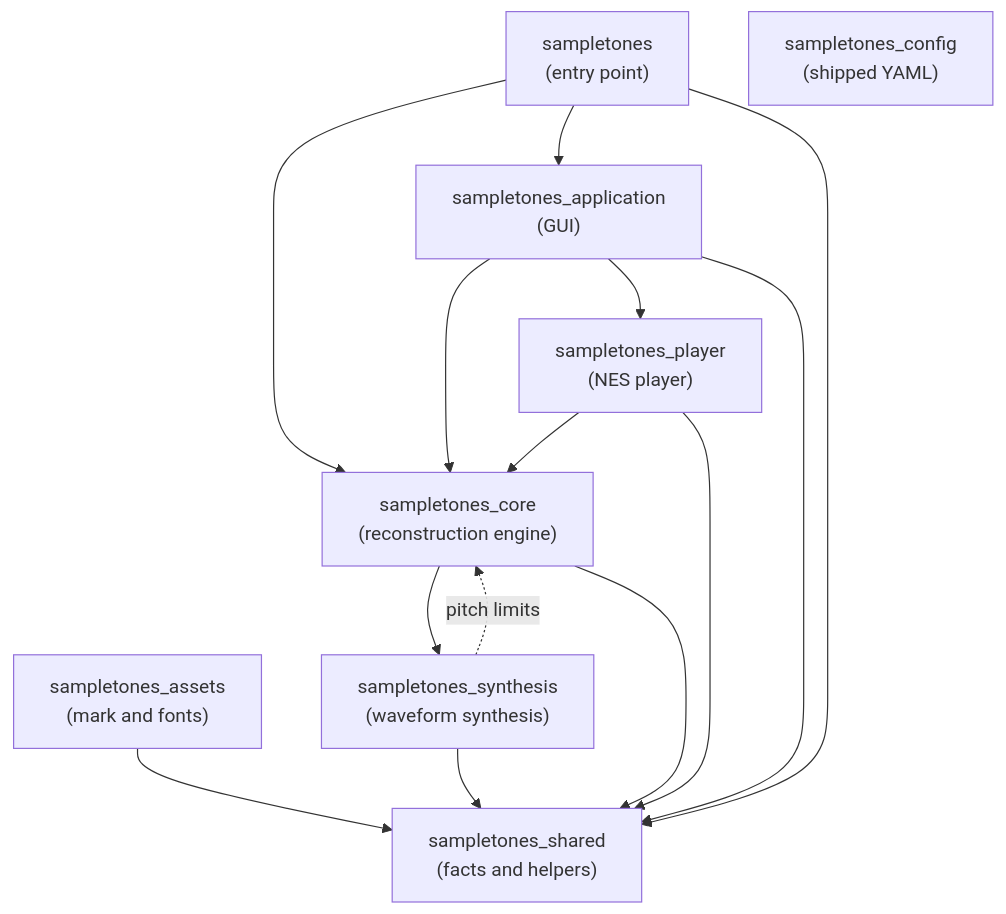
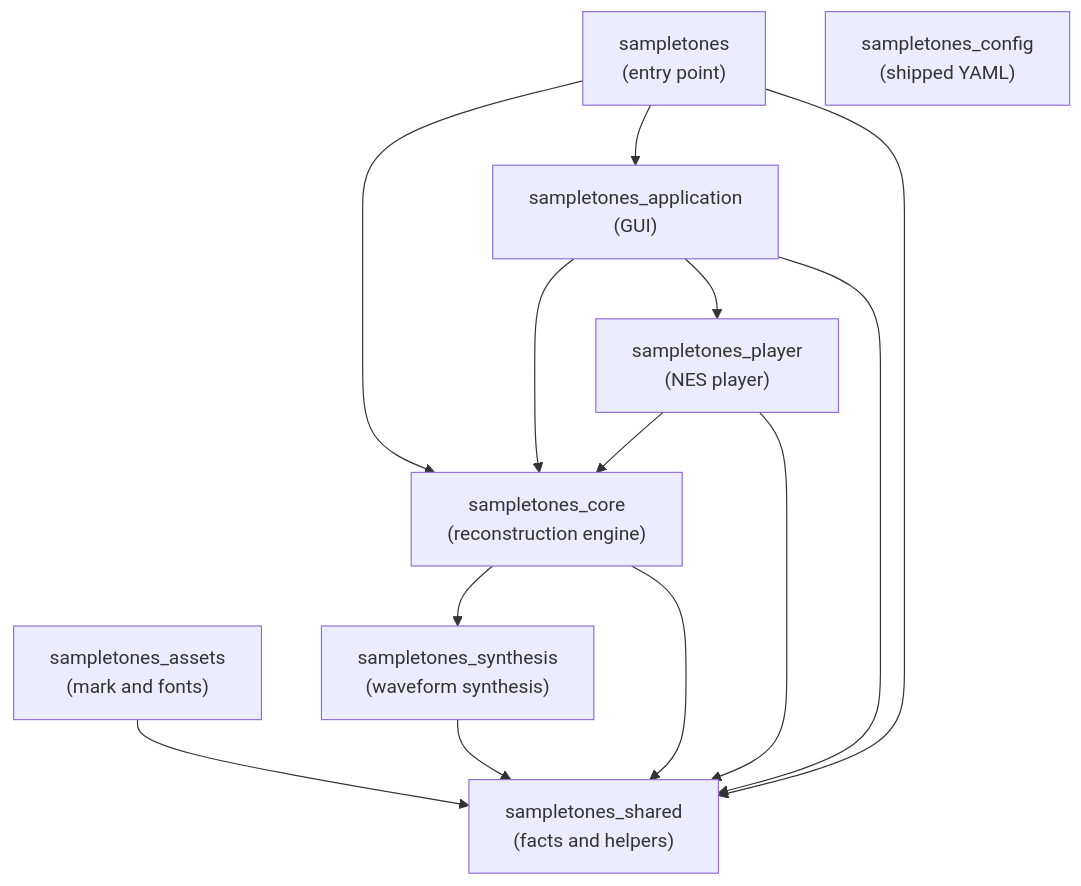
The diagram in docs/development/packages.md (JakimPL/SampleToNES), drawn with Mermaid before and after one commit. The commit also changed other lines of this file and 35 other files, not shown here.

````diff
--- a/docs/development/packages.md
+++ b/docs/development/packages.md
@@ -15,25 +15,24 @@
 ```mermaid
 graph TD
     ENTRY["sampletones\n(entry point)"]
     APP["sampletones_application\n(GUI)"]
     PLAYER["sampletones_player\n(NES player)"]
     CORE["sampletones_core\n(reconstruction engine)"]
     SYNTH["sampletones_synthesis\n(waveform synthesis)"]
     ASSETS["sampletones_assets\n(mark and fonts)"]
     SHARED["sampletones_shared\n(facts and helpers)"]
     CONFIG["sampletones_config\n(shipped YAML)"]
 
     ENTRY --> APP
     ENTRY --> CORE
     APP --> PLAYER
     APP --> CORE
     PLAYER --> CORE
     CORE --> SYNTH
     ASSETS --> SHARED
     SYNTH --> SHARED
     CORE --> SHARED
     PLAYER --> SHARED
     APP --> SHARED
     ENTRY --> SHARED
-    SYNTH -.->|"pitch limits"| CORE
 ```
````
